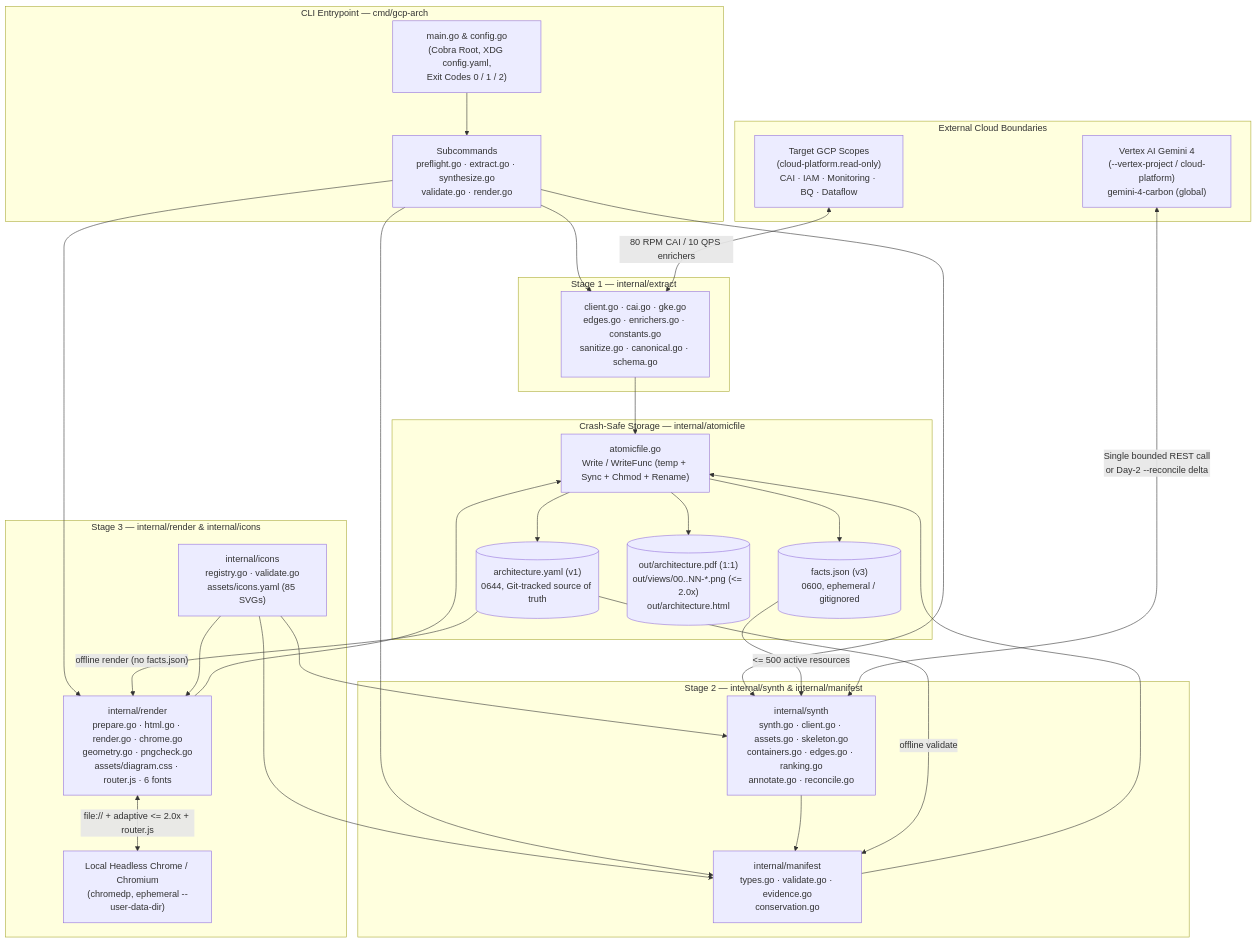
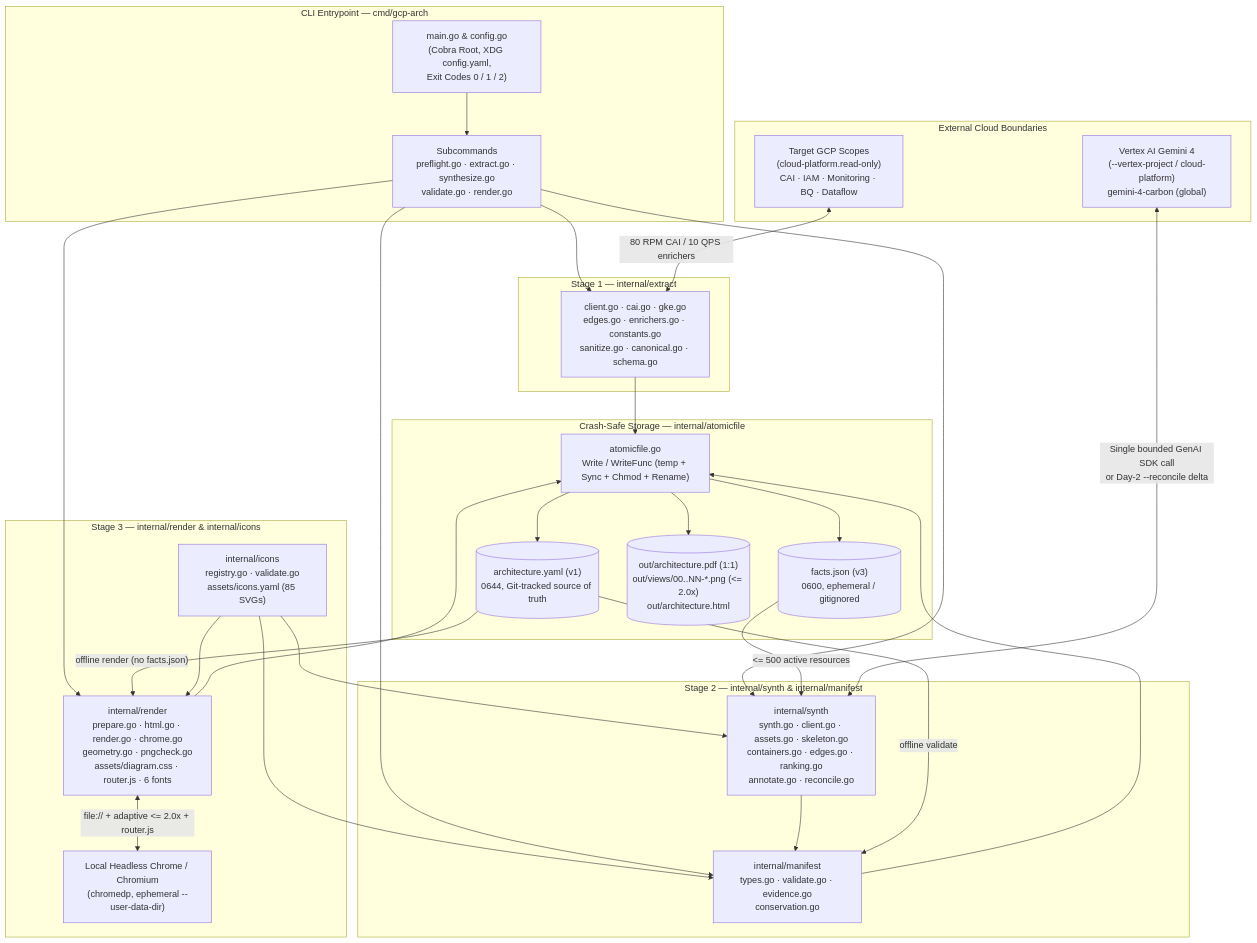
The first of 2 diagrams in gh-pages/architecture.md (arrase/gcp-arch), drawn with Mermaid before and after one commit. The commit also changed other lines of this file and 80 other files, not shown here.

````diff
--- a/gh-pages/architecture.md
+++ b/gh-pages/architecture.md
@@ -24,59 +24,59 @@
 ```mermaid
 flowchart TD
     subgraph CLI ["CLI Entrypoint — cmd/gcp-arch"]
         Main["main.go & config.go\n(Cobra Root, XDG config.yaml,\nExit Codes 0 / 1 / 2)"]
         SubCmds["Subcommands\npreflight.go · extract.go · synthesize.go\nvalidate.go · render.go"]
     end
 
     subgraph ExternalCloud ["External Cloud Boundaries"]
         GCPReadOnly["Target GCP Scopes\n(cloud-platform.read-only)\nCAI · IAM · Monitoring · BQ · Dataflow"]
         VertexAI["Vertex AI Gemini 4\n(--vertex-project / cloud-platform)\ngemini-4-carbon (global)"]
     end
 
     subgraph Stage1 ["Stage 1 — internal/extract"]
         ExtractPkg["client.go · cai.go · gke.go\nedges.go · enrichers.go · constants.go\nsanitize.go · canonical.go · schema.go"]
     end
 
     subgraph Stage2 ["Stage 2 — internal/synth & internal/manifest"]
         SynthPkg["internal/synth\nsynth.go · client.go · assets.go · skeleton.go\ncontainers.go · edges.go · ranking.go\nannotate.go · reconcile.go"]
         ManifestPkg["internal/manifest\ntypes.go · validate.go · evidence.go\nconservation.go"]
     end
 
     subgraph Stage3 ["Stage 3 — internal/render & internal/icons"]
         IconsPkg["internal/icons\nregistry.go · validate.go\nassets/icons.yaml (85 SVGs)"]
         RenderPkg["internal/render\nprepare.go · html.go · render.go · chrome.go\ngeometry.go · pngcheck.go\nassets/diagram.css · router.js · 6 fonts"]
         Chrome["Local Headless Chrome / Chromium\n(chromedp, ephemeral --user-data-dir)"]
     end
 
     subgraph Storage ["Crash-Safe Storage — internal/atomicfile"]
         Atomic["atomicfile.go\nWrite / WriteFunc (temp + Sync + Chmod + Rename)"]
         FactsFile[("facts.json (v3)\n0600, ephemeral / gitignored")]
         ManifestFile[("architecture.yaml (v1)\n0644, Git-tracked source of truth")]
         Deliverables[("out/architecture.pdf (1:1)\nout/views/00..NN-*.png (<= 2.0x)\nout/architecture.html")]
     end
 
     Main --> SubCmds
     SubCmds --> ExtractPkg
     SubCmds --> SynthPkg
     SubCmds --> ManifestPkg
     SubCmds --> RenderPkg
 
     GCPReadOnly <-->|"80 RPM CAI / 10 QPS enrichers"| ExtractPkg
     ExtractPkg --> Atomic
     Atomic --> FactsFile
 
     FactsFile -->|"<= 500 active resources"| SynthPkg
-    VertexAI <-->|"Single bounded REST call\nor Day-2 --reconcile delta"| SynthPkg
+    VertexAI <-->|"Single bounded GenAI SDK call\nor Day-2 --reconcile delta"| SynthPkg
     SynthPkg --> ManifestPkg
     IconsPkg --> SynthPkg
     IconsPkg --> ManifestPkg
     ManifestPkg --> Atomic
     Atomic --> ManifestFile
 
     ManifestFile -->|"offline validate"| ManifestPkg
     ManifestFile -->|"offline render (no facts.json)"| RenderPkg
     IconsPkg --> RenderPkg
     RenderPkg <-->|"file:// + adaptive <= 2.0x + router.js"| Chrome
     RenderPkg --> Atomic
     Atomic --> Deliverables
 ```
````
